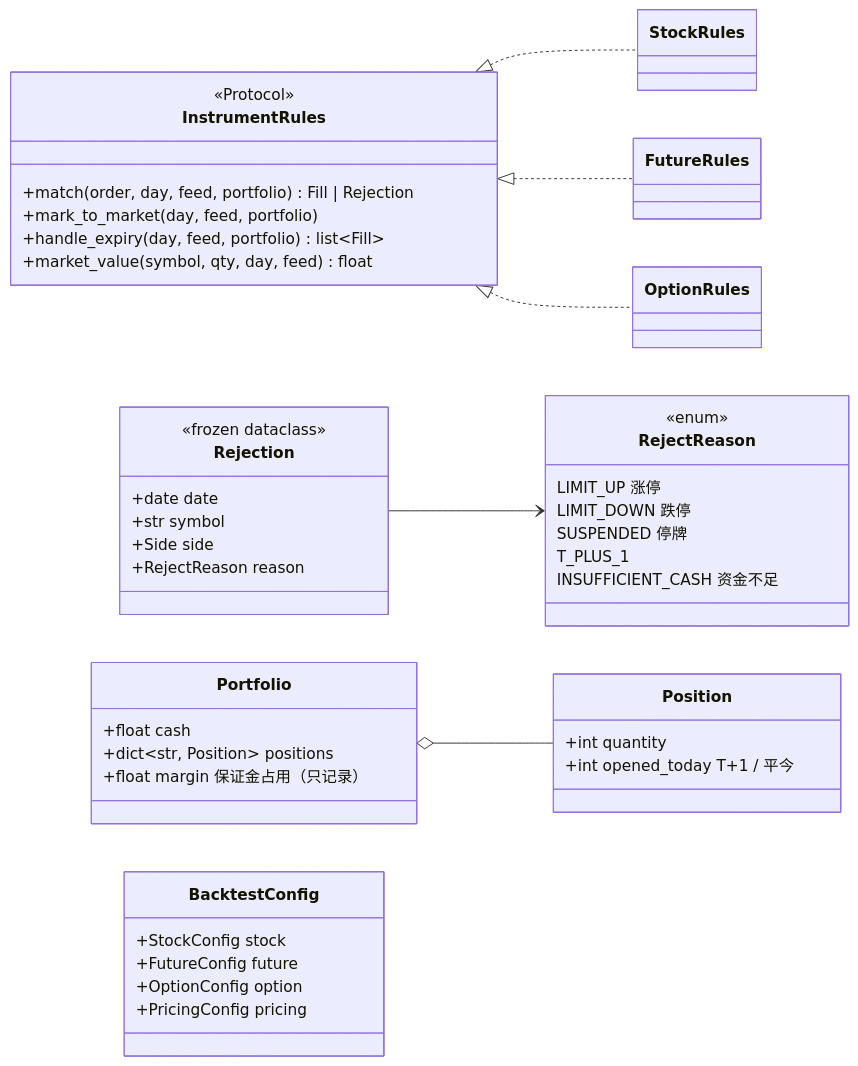
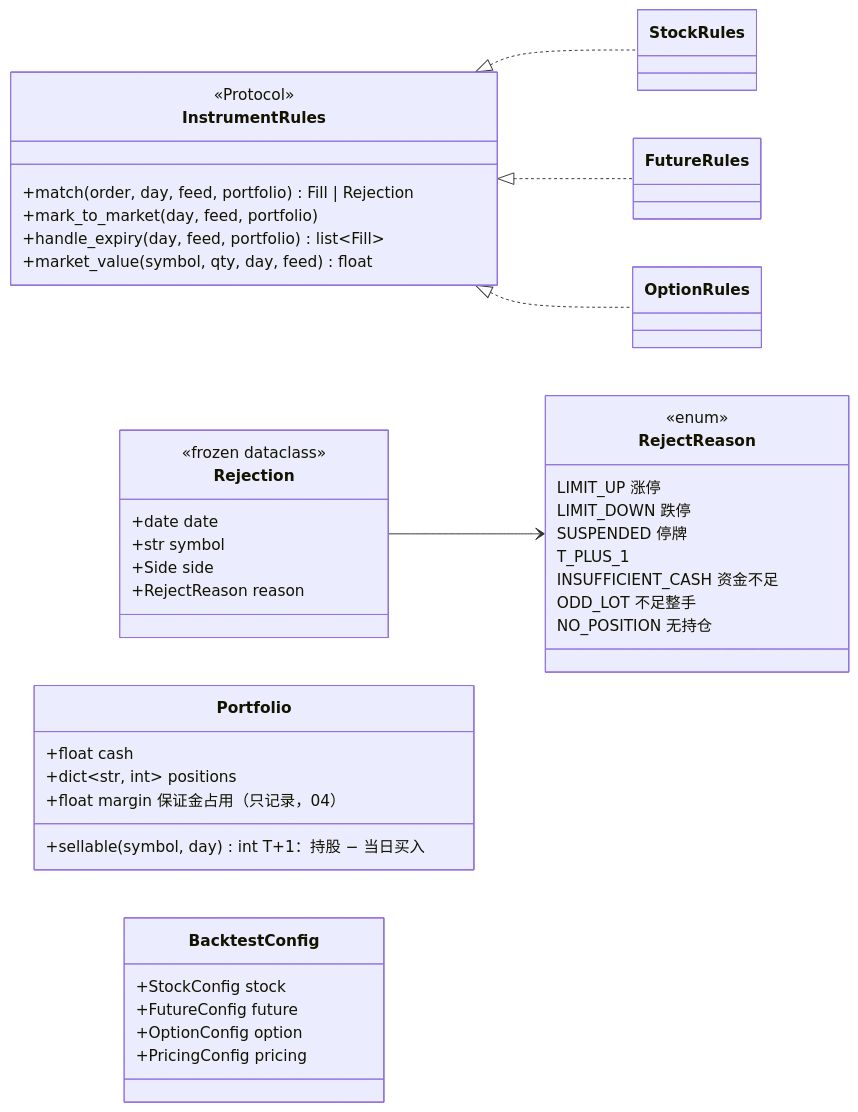
The second of 8 diagrams in docs/design.md (guevara12345/quant), drawn with Mermaid before and after one commit. The commit also changed other lines of this file and 16 other files, not shown here.

````diff
--- a/docs/design.md
+++ b/docs/design.md
@@ -100,52 +99,50 @@
 ```mermaid
 classDiagram
     direction LR
     class InstrumentRules {
         <<Protocol>>
         +match(order, day, feed, portfolio) Fill | Rejection
         +mark_to_market(day, feed, portfolio)
         +handle_expiry(day, feed, portfolio) list~Fill~
         +market_value(symbol, qty, day, feed) float
     }
     class StockRules
     class FutureRules
     class OptionRules
     InstrumentRules <|.. StockRules
     InstrumentRules <|.. FutureRules
     InstrumentRules <|.. OptionRules
 
     class Rejection {
         <<frozen dataclass>>
         +date date
         +str symbol
         +Side side
         +RejectReason reason
     }
     class RejectReason {
         <<enum>>
         LIMIT_UP 涨停
         LIMIT_DOWN 跌停
         SUSPENDED 停牌
         T_PLUS_1
         INSUFFICIENT_CASH 资金不足
+        ODD_LOT 不足整手
+        NO_POSITION 无持仓
     }
     Rejection --> RejectReason
 
-    class Position {
-        +int quantity
-        +int opened_today  T+1 / 平今
-    }
     class Portfolio {
         +float cash
-        +dict~str, Position~ positions
-        +float margin  保证金占用（只记录）
+        +dict~str, int~ positions
+        +sellable(symbol, day) int  T+1：持股 − 当日买入
+        +float margin  保证金占用（只记录，04）
     }
-    Portfolio o-- Position
 
     class BacktestConfig {
         +StockConfig stock
         +FutureConfig future
         +OptionConfig option
         +PricingConfig pricing
     }
 ```
````
